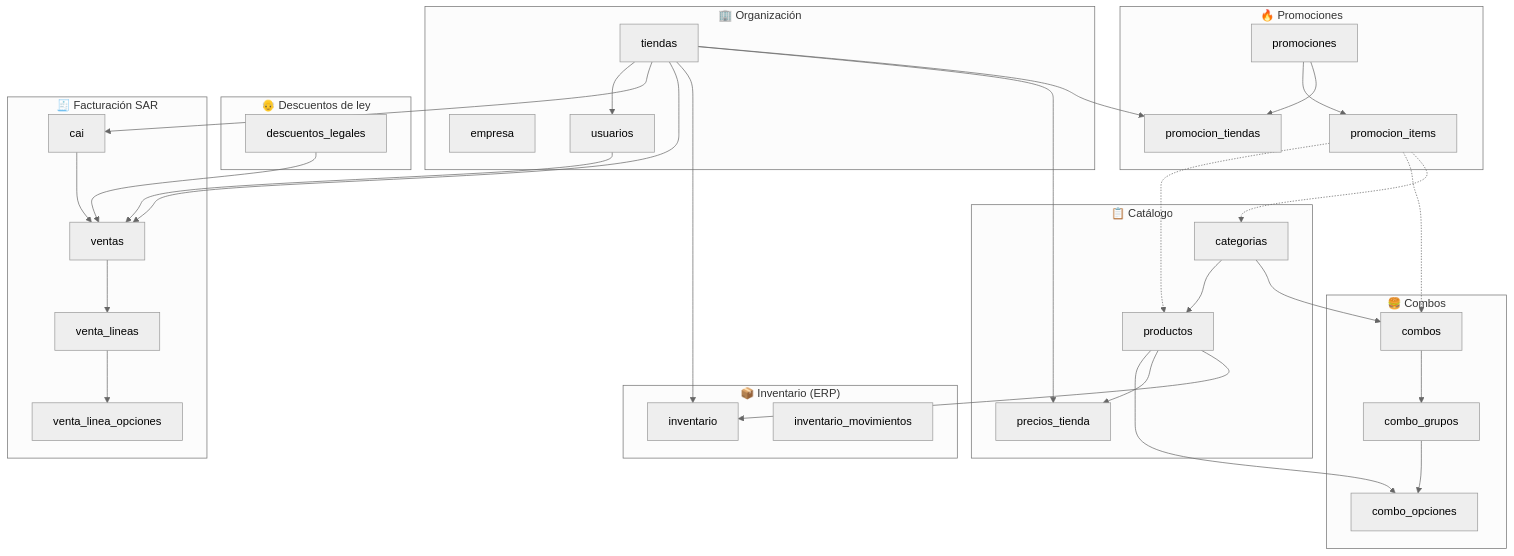
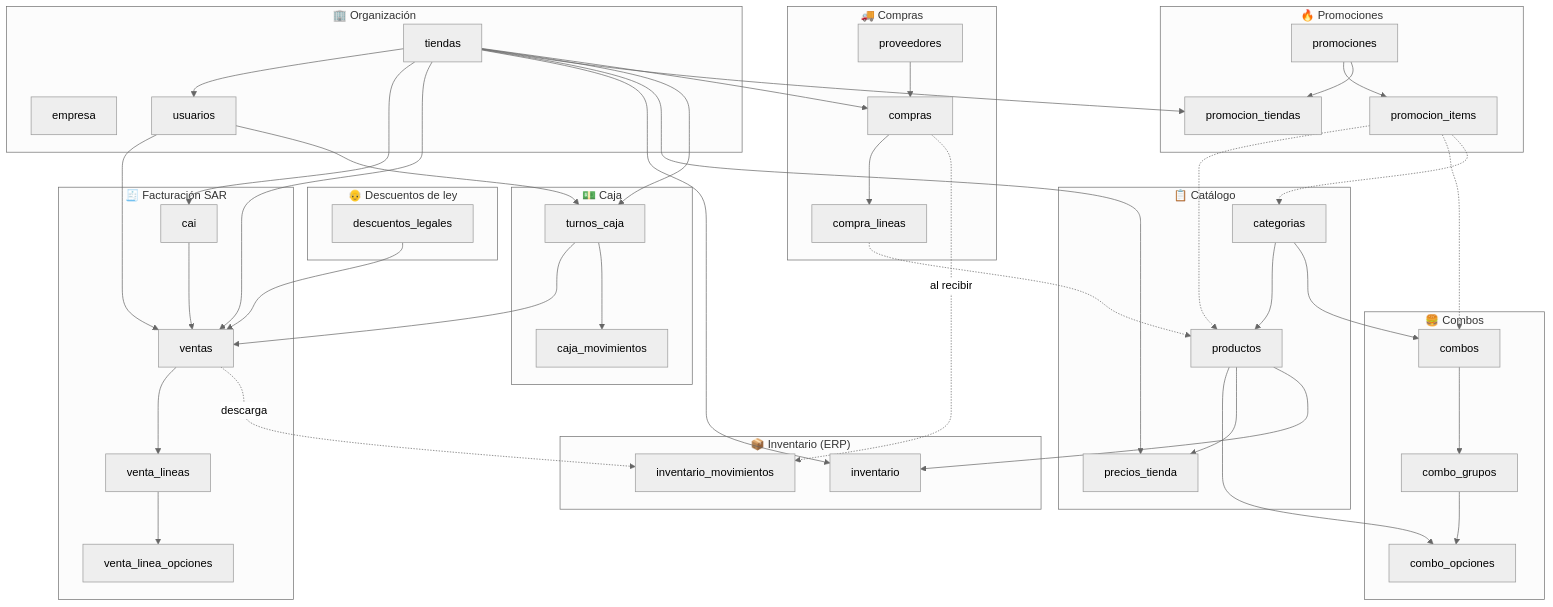
One commit to elbayoy1986/Power changed the second of 9 diagrams in docs/ARQUITECTURA.md. Above: the diagram before and after it, drawn with Mermaid (neutral theme). The commit also changed other lines of this file and 34 other files, not shown here.

First line of the commit message:
Caja con apertura y cierre, compras e inventario, y carga de productos

````diff
--- a/docs/ARQUITECTURA.md
+++ b/docs/ARQUITECTURA.md
@@ -84,34 +96,45 @@
 ```mermaid
 flowchart TB
     subgraph ORG["🏢 Organización"]
         empresa; tiendas; usuarios
     end
     subgraph CAT["📋 Catálogo"]
         categorias; productos; precios_tienda
     end
     subgraph CMB["🍔 Combos"]
         combos; combo_grupos; combo_opciones
     end
     subgraph PRM["🔥 Promociones"]
         promociones; promocion_items; promocion_tiendas
     end
     subgraph LEY["👴 Descuentos de ley"]
         descuentos_legales
     end
+    subgraph CAJ["💵 Caja"]
+        turnos_caja; caja_movimientos
+    end
     subgraph FAC["🧾 Facturación SAR"]
         cai; ventas; venta_lineas; venta_linea_opciones
+    end
+    subgraph COM["🚚 Compras"]
+        proveedores; compras; compra_lineas
     end
     subgraph INV["📦 Inventario (ERP)"]
         inventario; inventario_movimientos
     end
 
-    tiendas --> usuarios & cai & ventas & inventario & precios_tienda & promocion_tiendas
+    tiendas --> usuarios & cai & ventas & inventario & precios_tienda & promocion_tiendas & turnos_caja & compras
     categorias --> productos & combos
     productos --> combo_opciones & precios_tienda & inventario
     combos --> combo_grupos --> combo_opciones
     promociones --> promocion_items & promocion_tiendas
     promocion_items -.-> productos & combos & categorias
     cai --> ventas --> venta_lineas --> venta_linea_opciones
     descuentos_legales --> ventas
-    usuarios --> ventas
+    usuarios --> ventas & turnos_caja
+    turnos_caja --> ventas & caja_movimientos
+    proveedores --> compras --> compra_lineas
+    compra_lineas -.-> productos
+    compras -. al recibir .-> inventario_movimientos
+    ventas -. descarga .-> inventario_movimientos
 ```
````
